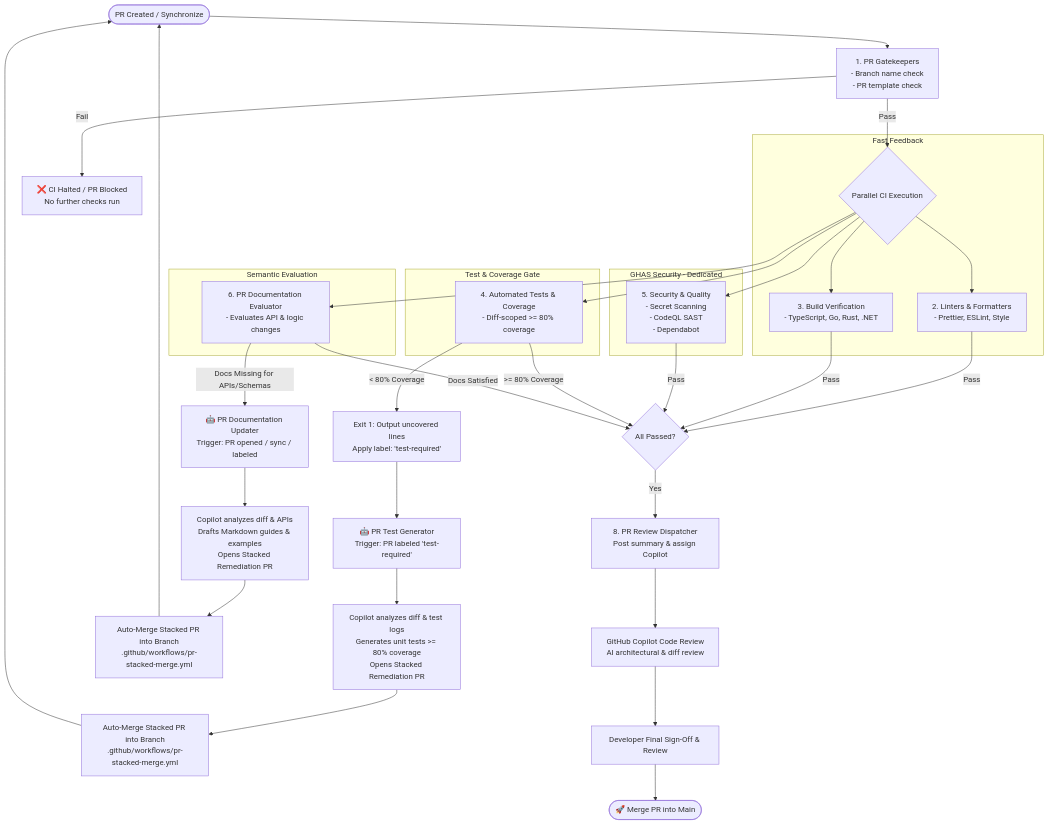
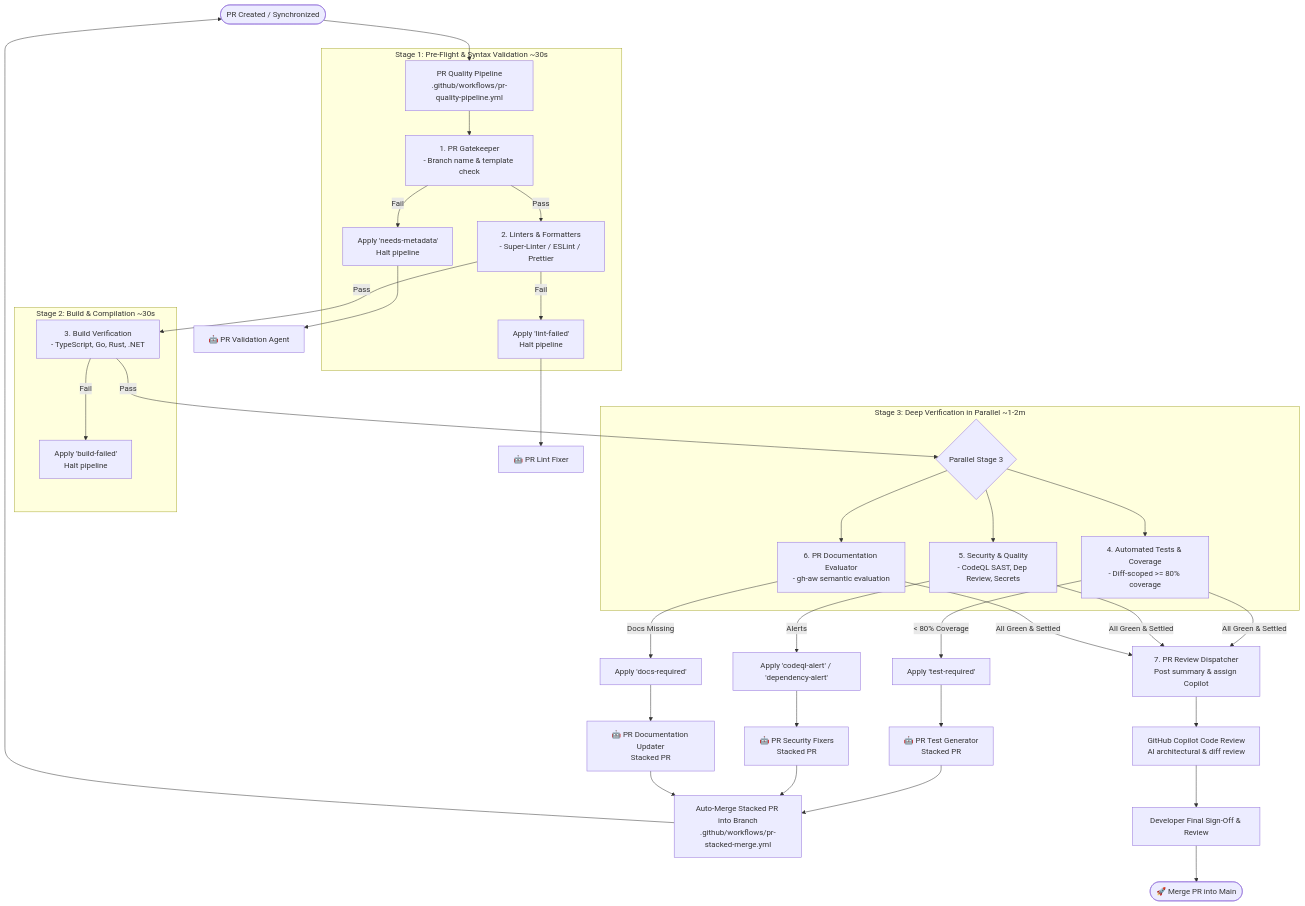
Before and after one commit to SitoaderOrg/ForgeFlow: the diagram in mermaid/autonomous_remediation_loops.mermaid, drawn with Mermaid. The commit also changed 8 other files, not shown here.

First line of the commit message:
refactor(ci): consolidate gatekeepers into staged PR Quality Pipeline DAG

```diff
--- a/mermaid/autonomous_remediation_loops.mermaid
+++ b/mermaid/autonomous_remediation_loops.mermaid
@@ -1,47 +1,37 @@
 flowchart TD
-    Start([PR Created / Synchronize]) --> Gate[1. PR Gatekeepers\n- Branch name check\n- PR template check]
-    
-    Gate -->|Pass| ParallelRuns{Parallel CI Execution}
-    Gate -->|Fail| BlockGate[❌ CI Halted / PR Blocked\nNo further checks run]
+    Start([PR Created / Synchronized]) --> Pipeline[PR Quality Pipeline\n.github/workflows/pr-quality-pipeline.yml]
 
-    subgraph FastValidation [Fast Feedback]
-        ParallelRuns --> Lint[2. Linters & Formatters\n- Prettier, ESLint, Style]
-        ParallelRuns --> Build[3. Build Verification\n- TypeScript, Go, Rust, .NET]
+    subgraph Stage1 [Stage 1: Pre-Flight & Syntax Validation ~30s]
+        Pipeline --> Gate[1. PR Gatekeeper\n- Branch name & template check]
+        Gate -->|Pass| Lint[2. Linters & Formatters\n- Super-Linter / ESLint / Prettier]
+        Gate -->|Fail| GateFail[Apply 'needs-metadata'\nHalt pipeline]
+        Lint -->|Fail| LintFail[Apply 'lint-failed'\nHalt pipeline]
     end
 
-    subgraph TestCoverage [Test & Coverage Gate]
-        ParallelRuns --> Test[4. Automated Tests & Coverage\n- Diff-scoped >= 80% coverage]
+    subgraph Stage2 [Stage 2: Build & Compilation ~30s]
+        Lint -->|Pass| Build[3. Build Verification\n- TypeScript, Go, Rust, .NET]
+        Build -->|Fail| BuildFail[Apply 'build-failed'\nHalt pipeline]
     end
 
-    subgraph SecurityScan [GHAS Security - Dedicated]
-        ParallelRuns --> Sec[5. Security & Quality\n- Secret Scanning\n- CodeQL SAST\n- Dependabot]
+    subgraph Stage3 [Stage 3: Deep Verification in Parallel ~1-2m]
+        Build -->|Pass| DeepChecks{Parallel Stage 3}
+        DeepChecks --> Test[4. Automated Tests & Coverage\n- Diff-scoped >= 80% coverage]
+        DeepChecks --> Sec[5. Security & Quality\n- CodeQL SAST, Dep Review, Secrets]
+        DeepChecks --> DocEval[6. PR Documentation Evaluator\n- gh-aw semantic evaluation]
     end
 
-    subgraph SemanticEvaluation [Semantic Evaluation]
-        ParallelRuns --> DocEval[6. PR Documentation Evaluator\n- Evaluates API & logic changes]
-    end
+    %% Remediation loops
+    GateFail --> AgentMeta[🤖 PR Validation Agent]
+    LintFail --> AgentLint[🤖 PR Lint Fixer]
+    Test -->|< 80% Coverage| CovFail[Apply 'test-required'] --> AgentTest[🤖 PR Test Generator\nStacked PR]
+    Sec -->|Alerts| SecFail[Apply 'codeql-alert' / 'dependency-alert'] --> AgentSec[🤖 PR Security Fixers\nStacked PR]
+    DocEval -->|Docs Missing| DocFail[Apply 'docs-required'] --> AgentDoc[🤖 PR Documentation Updater\nStacked PR]
 
-    %% Test failure loop
-    Test -->|< 80% Coverage| CovFail[Exit 1: Output uncovered lines\nApply label: 'test-required']
-    CovFail --> AgentTest[🤖 PR Test Generator\nTrigger: PR labeled 'test-required']
-    AgentTest --> RunCopilotTest[Copilot analyzes diff & test logs\nGenerates unit tests >= 80% coverage\nOpens Stacked Remediation PR]
-    RunCopilotTest --> AutoMergeTest[Auto-Merge Stacked PR into Branch\n.github/workflows/pr-stacked-merge.yml]
-    AutoMergeTest --> Start
+    AgentTest & AgentSec & AgentDoc --> AutoMerge[Auto-Merge Stacked PR into Branch\n.github/workflows/pr-stacked-merge.yml]
+    AutoMerge --> Start
 
-    %% Doc semantic evaluation loop
-    DocEval -->|Docs Missing for APIs/Schemas| AgentDoc[🤖 PR Documentation Updater\nTrigger: PR opened / sync / labeled]
-    AgentDoc --> RunCopilotDoc[Copilot analyzes diff & APIs\nDrafts Markdown guides & examples\nOpens Stacked Remediation PR]
-    RunCopilotDoc --> AutoMergeDoc[Auto-Merge Stacked PR into Branch\n.github/workflows/pr-stacked-merge.yml]
-    AutoMergeDoc --> Start
-
-    %% Success path
-    Lint -->|Pass| GateCheck{All Passed?}
-    Build -->|Pass| GateCheck
-    Sec -->|Pass| GateCheck
-    Test -->|>= 80% Coverage| GateCheck
-    DocEval -->|Docs Satisfied| GateCheck
-
-    GateCheck -->|Yes| Dispatcher[8. PR Review Dispatcher\nPost summary & assign Copilot]
+    %% Review Stage
+    Test & Sec & DocEval -->|All Green & Settled| Dispatcher[7. PR Review Dispatcher\nPost summary & assign Copilot]
     Dispatcher --> AICodeReview[GitHub Copilot Code Review\nAI architectural & diff review]
     AICodeReview --> HumanReview[Developer Final Sign-Off & Review]
     HumanReview --> Merge([🚀 Merge PR into Main])
```
